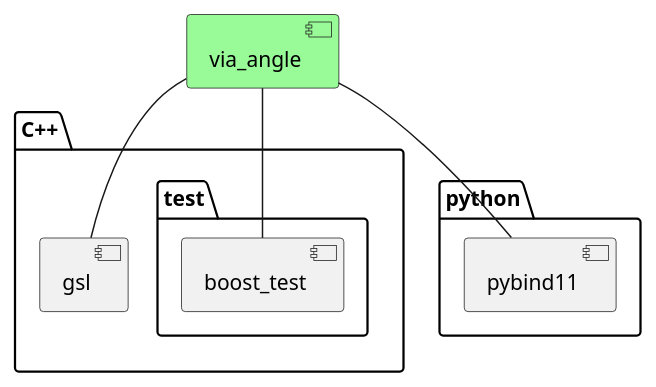
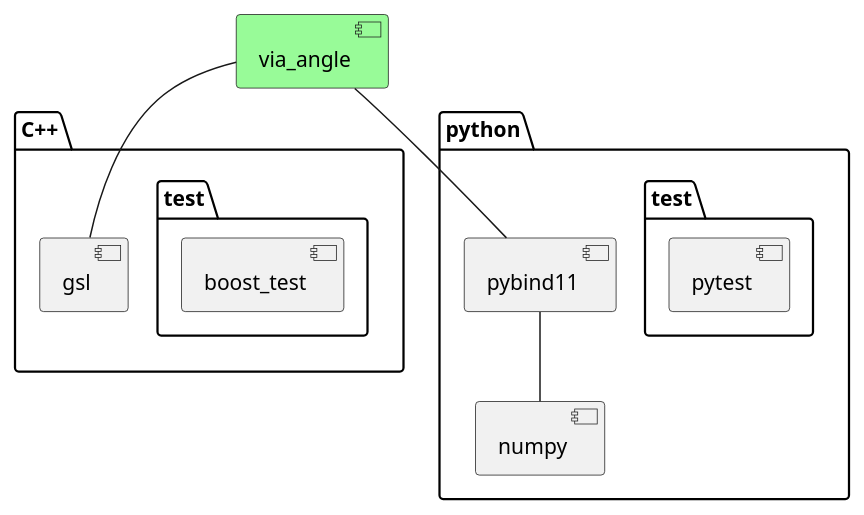
Before and after one commit to kenba/via-angle-cpp: the diagram in docs/uml/angle_dependencies.puml, drawn with PlantUML. The commit also changed 2 other files, not shown here.

```diff
--- a/docs/uml/angle_dependencies.puml
+++ b/docs/uml/angle_dependencies.puml
@@ -1,23 +1,27 @@
 @startuml
 
 'Copyright (c) 2024 Via Technology Ltd. All Rights Reserved.
 
 ' title Angle dependancies
 
 set namespaceSeparator ::
     component via_angle #palegreen
     package C++ {
         component gsl
         package test {
             component boost_test
         }
     }
     package python {
         component pybind11
+        component numpy
+        package test {
+            component pytest
+        }
+        pybind11 -- numpy
     }
     
     via_angle -- gsl
-    via_angle --  boost_test
     via_angle -- pybind11
 
 @enduml
```
